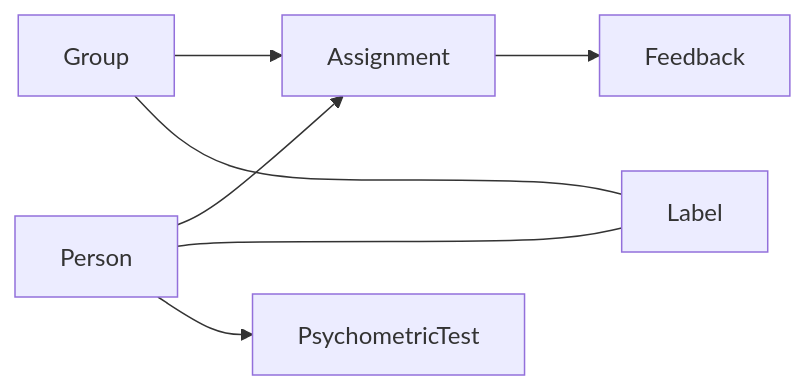
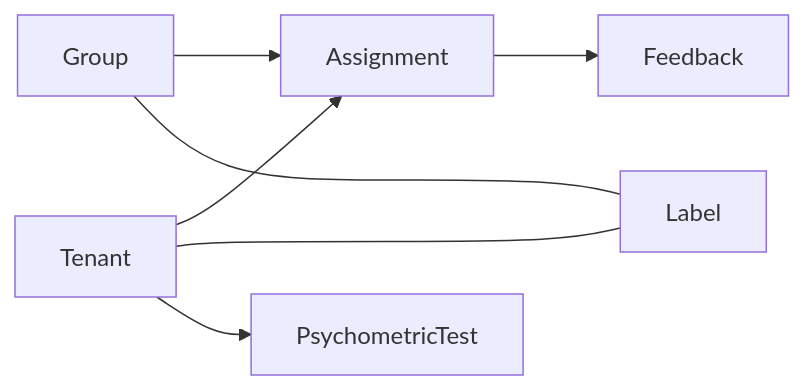
The first of 3 diagrams in coly-api.md (coly-technologies/coly-technologies.github.io), drawn with Mermaid before and after one commit. The commit also changed other lines of this file, not shown here.

Commit message:
person -> tenant

````diff
--- a/coly-api.md
+++ b/coly-api.md
@@ -77,6 +77,6 @@
 ```mermaid
 graph LR;
-  Group & Person --> Assignment --> Feedback
-  Group & Person <--- Label
-  Person --> PsychometricTest
+  Group & Tenant --> Assignment --> Feedback
+  Group & Tenant <--- Label
+  Tenant --> PsychometricTest
 ```
````
